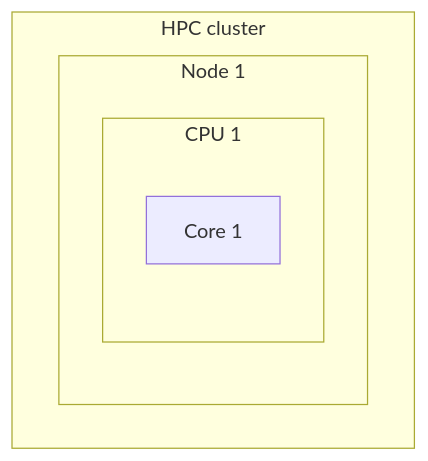
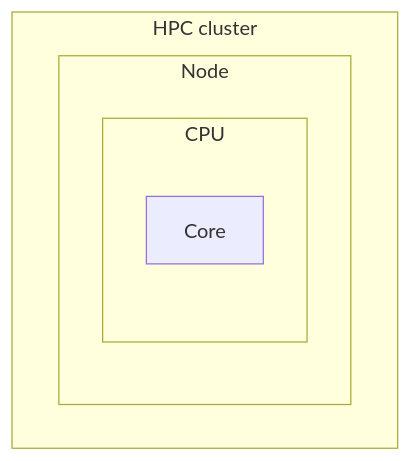
The diagram in docs/advanced/parallel_computing/README.md (UPPMAX/R-matlab-julia-HPC), drawn with Mermaid before and after one commit. The commit also changed 1 other file, not shown here.

````diff
--- a/docs/advanced/parallel_computing/README.md
+++ b/docs/advanced/parallel_computing/README.md
@@ -75,10 +75,10 @@
 ```mermaid
 flowchart TD
   subgraph hpc_cluster[HPC cluster]
-    subgraph node_1[Node 1]
-      subgraph cpu_1_1[CPU 1]
-      core_1_1_1[Core 1]
+    subgraph node_1[Node]
+      subgraph cpu_1_1[CPU]
+      core_1_1_1[Core]
       end
     end
   end
 ```
````
